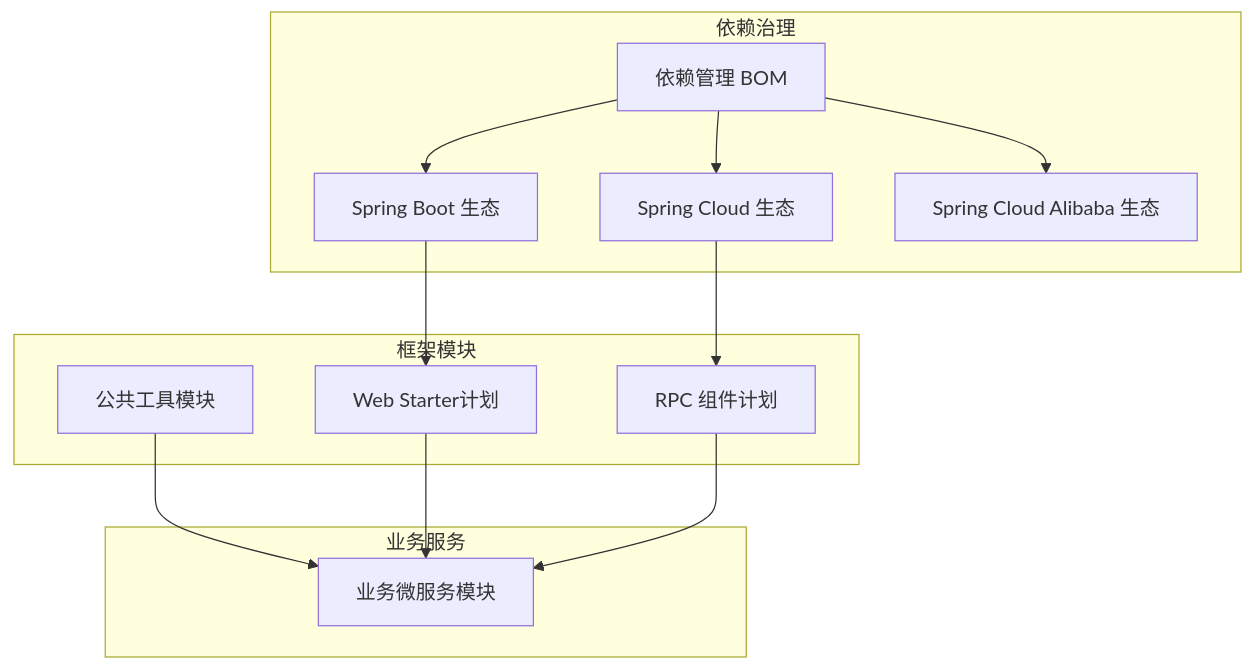
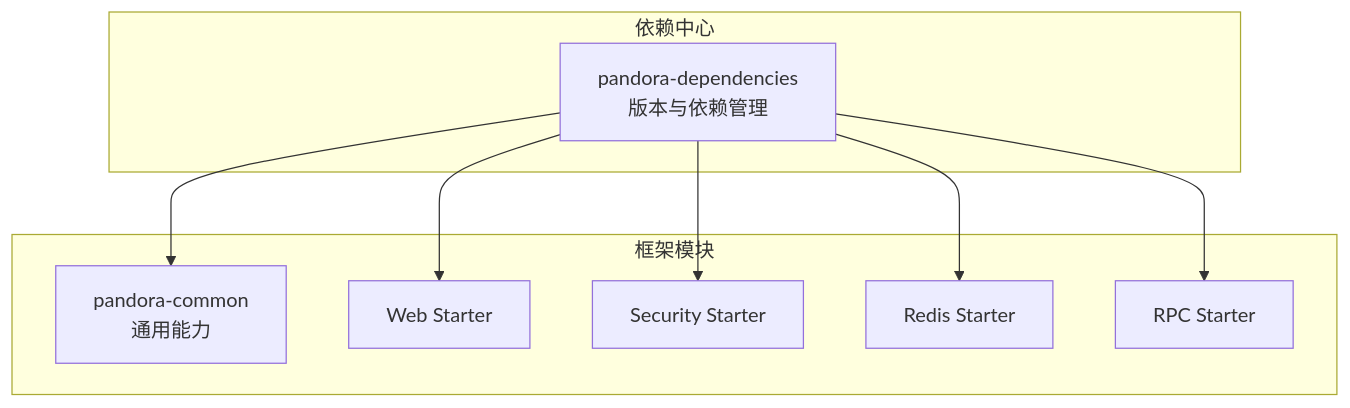
The second of 9 diagrams in .qoder/repowiki/zh/content/项目概述.md (guanglei93/pandora-cloud), drawn with Mermaid before and after one commit. The commit also changed other lines of this file and 110 other files, not shown here.

Commit message:
docs: 重构 qoder 文档目录，新增安全认证、Redis 缓存、RPC 通信、Web 增强等模块文档

````diff
--- a/.qoder/repowiki/zh/content/项目概述.md
+++ b/.qoder/repowiki/zh/content/项目概述.md
@@ -88,25 +93,18 @@
 ```mermaid
 graph TB
-subgraph "依赖治理"
-BOM["依赖管理 BOM"]
-SB["Spring Boot 生态"]
-SC["Spring Cloud 生态"]
-SCA["Spring Cloud Alibaba 生态"]
+subgraph "依赖中心"
+BOM["pandora-dependencies<br/>版本与依赖管理"]
 end
 subgraph "框架模块"
-Common["公共工具模块"]
-WebStarter["Web Starter计划"]
-RpcStarter["RPC 组件计划"]
+Common["pandora-common<br/>通用能力"]
+Web["Web Starter"]
+Security["Security Starter"]
+Redis["Redis Starter"]
+RPC["RPC Starter"]
 end
-subgraph "业务服务"
-BizModule["业务微服务模块"]
-end
-BOM --> SB
-BOM --> SC
-BOM --> SCA
-Common --> BizModule
-WebStarter --> BizModule
-RpcStarter --> BizModule
-SB --> WebStarter
-SC --> RpcStarter
+BOM --> Common
+BOM --> Web
+BOM --> Security
+BOM --> Redis
+BOM --> RPC
 ```
````
